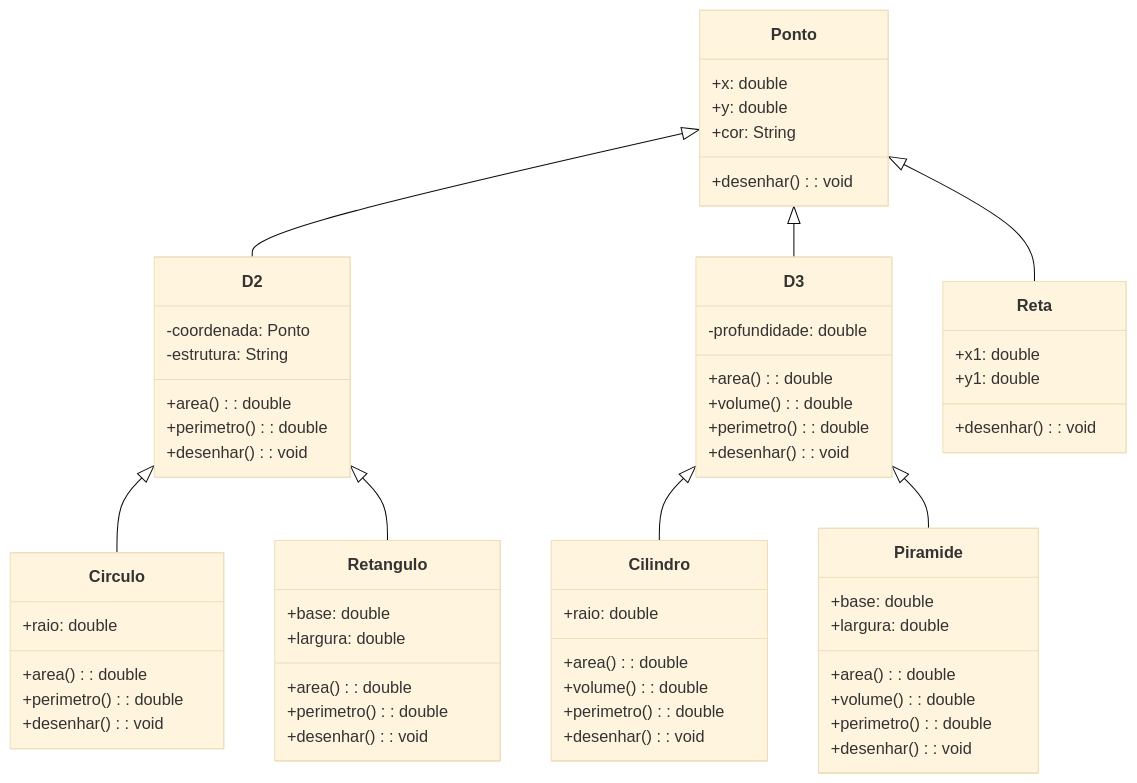
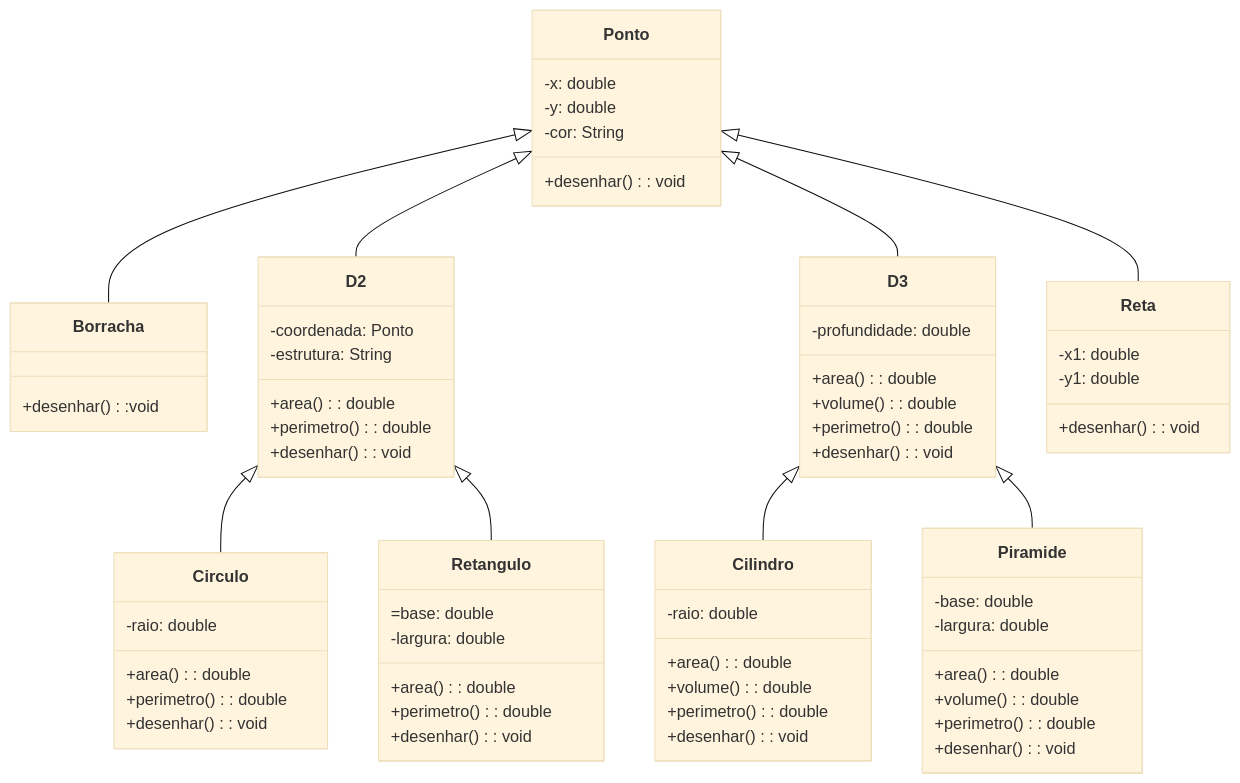
Before and after one commit to StephanyeCunto/PaintBrush: the diagram in README.md, drawn with Mermaid (base theme). The commit also changed other lines of this file, not shown here.

````diff
--- a/README.md
+++ b/README.md
@@ -65,71 +71,76 @@
 ```mermaid
 classDiagram
     class Ponto {
-        +x: double
-        +y: double
-        +cor: String
+        -x: double
+        -y: double
+        -cor: String
         +desenhar(): void
     }
+
+class Borracha{
+   +desenhar():void
+}
 
     class D2 {
         -coordenada: Ponto
         -estrutura: String
         +area(): double
         +perimetro(): double
         +desenhar(): void
     }
 
     class D3 {
         -profundidade: double
         +area(): double
         +volume(): double
         +perimetro(): double
         +desenhar(): void
     }
 
     class Reta {
-        +x1: double
-        +y1: double
+        -x1: double
+        -y1: double
         +desenhar(): void
     }
 
     class Circulo {
-        +raio: double
+        -raio: double
         +area(): double
         +perimetro(): double
         +desenhar(): void
     }
 
     class Retangulo {
-        +base: double
-        +largura: double
+        =base: double
+        -largura: double
         +area(): double
         +perimetro(): double
         +desenhar(): void
     }
 
     class Cilindro {
-        +raio: double
+        -raio: double
         +area(): double
         +volume(): double
         +perimetro(): double
         +desenhar(): void
     }
 
     class Piramide {
-        +base: double
-        +largura: double
+        -base: double
+        -largura: double
         +area(): double
         +volume(): double
         +perimetro(): double
         +desenhar(): void
     }
 
     Ponto <|-- D2
     Ponto <|-- D3
     Ponto <|-- Reta
+   Ponto<|-- Borracha
     D2 <|-- Circulo
     D2 <|-- Retangulo
     D3 <|-- Cilindro
     D3 <|-- Piramide
 ```
````
